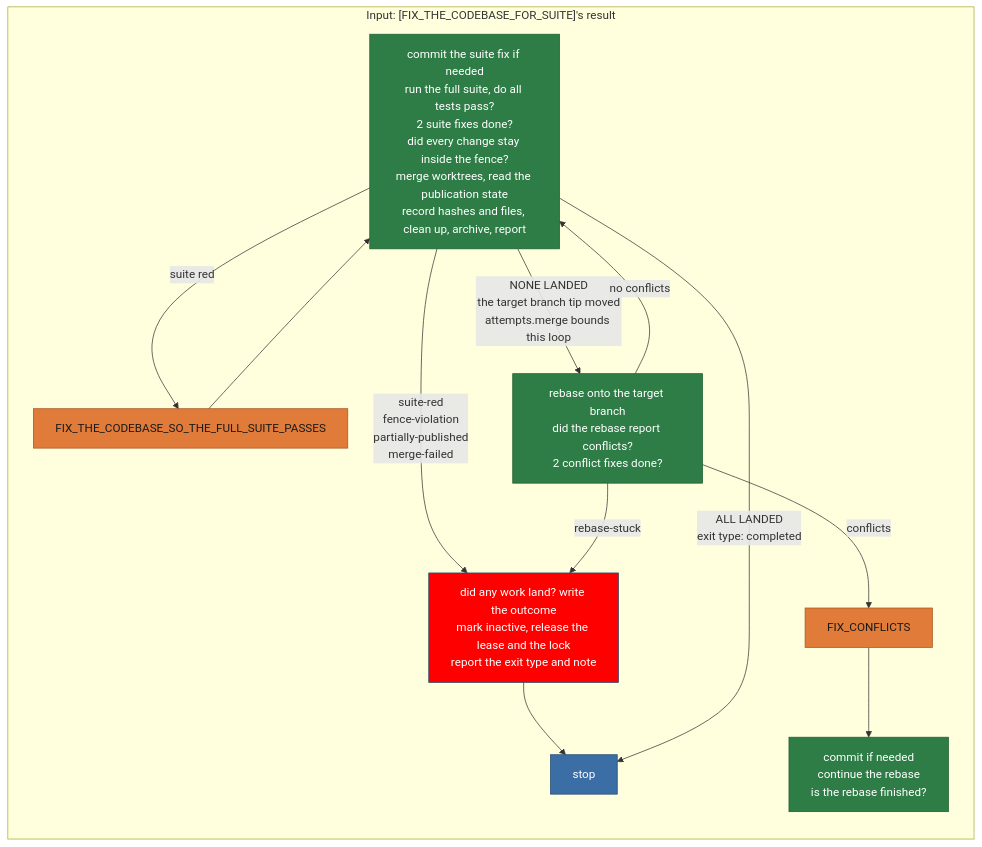
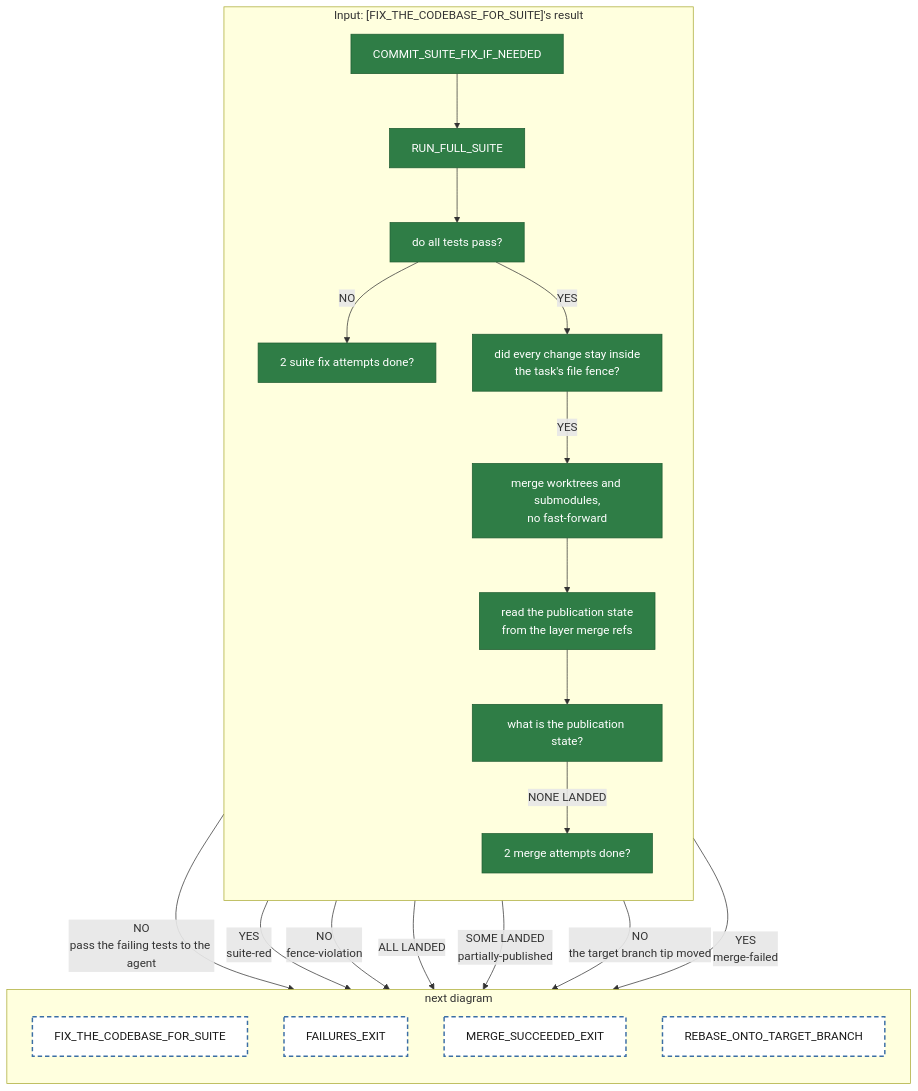
The diagram in diagrams/tackle-tasks/pipeline-runFullSuite.mmd (matkatmusic/taskTools), drawn with Mermaid before and after one commit. The commit also changed 164 other files, not shown here.

First line of the commit message:
Add new task scripts and templates for handling rebase and review processes

```diff
--- a/diagrams/tackle-tasks/pipeline-runFullSuite.mmd
+++ b/diagrams/tackle-tasks/pipeline-runFullSuite.mmd
@@ -1,32 +1,47 @@
 flowchart TB
-%% One agent() call. /run-step starts at RUN_FULL_SUITE; paths end at orange box or STOP; its answer feeds named diagram.
+%% One agent() call. /run-step starts at COMMIT_SUITE_FIX_IF_NEEDED; the rebase diagram walks in at RUN_FULL_SUITE. Every path ends at an orange block or a dashed block.
 
   subgraph runFullSuite ["Input: [FIX_THE_CODEBASE_FOR_SUITE]'s result"]
     direction TB
-    RUN_FULL_SUITE["commit the suite fix if needed<br/>run the full suite, do all tests pass?<br/>2 suite fixes done?<br/>did every change stay inside the fence?<br/>merge worktrees, read the publication state<br/>record hashes and files, clean up, archive, report"]
-    FIX_THE_CODEBASE_FOR_SUITE["FIX_THE_CODEBASE_SO_THE_FULL_SUITE_PASSES"]
-    FAILURES_EXIT["did any work land? write the outcome<br/>mark inactive, release the lease and the lock<br/>report the exit type and note"]
-    STOP["stop"]
-    REBASE_ONTO_TARGET_BRANCH["rebase onto the target branch<br/>did the rebase report conflicts?<br/>2 conflict fixes done?"]
-    FIX_CONFLICTS["FIX_CONFLICTS"]
-    COMMIT_MERGE_CONFLICT_FIX_IF_NEEDED["commit if needed<br/>continue the rebase<br/>is the rebase finished?"]
+    COMMIT_SUITE_FIX_IF_NEEDED["COMMIT_SUITE_FIX_IF_NEEDED"]
+    RUN_FULL_SUITE["RUN_FULL_SUITE"]
+    DO_ALL_TESTS_PASS_Q["do all tests pass?"]
+    ARE_2_SUITE_FIXES_DONE_Q["2 suite fix attempts done?"]
+    DID_CHANGES_STAY_INSIDE_FENCE_Q["did every change stay inside<br/>the task's file fence?"]
+    MERGE_WORKTREES["merge worktrees and submodules,<br/>no fast-forward"]
+    READ_MERGE_PUBLICATION_STATE["read the publication state<br/>from the layer merge refs"]
+    WHAT_IS_PUBLICATION_STATE_Q["what is the publication state?"]
+    ARE_2_MERGE_ATTEMPTS_DONE_Q["2 merge attempts done?"]
   end
-  RUN_FULL_SUITE -- "suite red" --> FIX_THE_CODEBASE_FOR_SUITE
-  FAILURES_EXIT --> STOP
-  RUN_FULL_SUITE -- "suite-red<br/>fence-violation<br/>partially-published<br/>merge-failed" --> FAILURES_EXIT
-  RUN_FULL_SUITE -- "ALL LANDED<br/>exit type: completed" --> STOP
-  RUN_FULL_SUITE -- "NONE LANDED<br/>the target branch tip moved<br/>attempts.merge bounds this loop" --> REBASE_ONTO_TARGET_BRANCH
-  REBASE_ONTO_TARGET_BRANCH -- "conflicts" --> FIX_CONFLICTS
-  REBASE_ONTO_TARGET_BRANCH -- "rebase-stuck" --> FAILURES_EXIT
-  REBASE_ONTO_TARGET_BRANCH -- "no conflicts" --> RUN_FULL_SUITE
-  FIX_THE_CODEBASE_FOR_SUITE --> RUN_FULL_SUITE
-  FIX_CONFLICTS --> COMMIT_MERGE_CONFLICT_FIX_IF_NEEDED
+  subgraph runFullSuiteNext ["next diagram"]
+    direction TB
+    FIX_THE_CODEBASE_FOR_SUITE["FIX_THE_CODEBASE_FOR_SUITE"]
+    FAILURES_EXIT["FAILURES_EXIT"]
+    MERGE_SUCCEEDED_EXIT["MERGE_SUCCEEDED_EXIT"]
+    REBASE_ONTO_TARGET_BRANCH["REBASE_ONTO_TARGET_BRANCH"]
+  end
+  runFullSuite ~~~ runFullSuiteNext
+
+  COMMIT_SUITE_FIX_IF_NEEDED --> RUN_FULL_SUITE
+  RUN_FULL_SUITE --> DO_ALL_TESTS_PASS_Q
+  DO_ALL_TESTS_PASS_Q -- "NO" --> ARE_2_SUITE_FIXES_DONE_Q
+  ARE_2_SUITE_FIXES_DONE_Q -- "NO<br/>pass the failing tests to the agent" --> FIX_THE_CODEBASE_FOR_SUITE
+  ARE_2_SUITE_FIXES_DONE_Q -- "YES<br/>suite-red" --> FAILURES_EXIT
+  DO_ALL_TESTS_PASS_Q -- "YES" --> DID_CHANGES_STAY_INSIDE_FENCE_Q
+  DID_CHANGES_STAY_INSIDE_FENCE_Q -- "NO<br/>fence-violation" --> FAILURES_EXIT
+  DID_CHANGES_STAY_INSIDE_FENCE_Q -- "YES" --> MERGE_WORKTREES
+  MERGE_WORKTREES --> READ_MERGE_PUBLICATION_STATE
+  READ_MERGE_PUBLICATION_STATE --> WHAT_IS_PUBLICATION_STATE_Q
+  WHAT_IS_PUBLICATION_STATE_Q -- "ALL LANDED" --> MERGE_SUCCEEDED_EXIT
+  WHAT_IS_PUBLICATION_STATE_Q -- "SOME LANDED<br/>partially-published" --> FAILURES_EXIT
+  WHAT_IS_PUBLICATION_STATE_Q -- "NONE LANDED" --> ARE_2_MERGE_ATTEMPTS_DONE_Q
+  ARE_2_MERGE_ATTEMPTS_DONE_Q -- "NO<br/>the target branch tip moved" --> REBASE_ONTO_TARGET_BRANCH
+  ARE_2_MERGE_ATTEMPTS_DONE_Q -- "YES<br/>merge-failed" --> FAILURES_EXIT
 
   classDef script fill:#2f7d46,stroke:#1e5c31,color:#ffffff
   classDef returns_a_prompt fill:#e07b39,stroke:#a8541f,color:#1a1a1a
   classDef fail fill:red,stroke:#254a70,color:#ffffff
   classDef output fill:#3b6ea5,stroke:#254a70,color:#ffffff
-  class RUN_FULL_SUITE,REBASE_ONTO_TARGET_BRANCH,COMMIT_MERGE_CONFLICT_FIX_IF_NEEDED script
-  class FIX_THE_CODEBASE_FOR_SUITE,FIX_CONFLICTS returns_a_prompt
-  class FAILURES_EXIT fail
-  class STOP output
+  classDef next_diagram fill:#ffffff,stroke:#3b6ea5,stroke-width:2px,stroke-dasharray:6 4,color:#1a1a1a
+  class COMMIT_SUITE_FIX_IF_NEEDED,RUN_FULL_SUITE,DO_ALL_TESTS_PASS_Q,ARE_2_SUITE_FIXES_DONE_Q,DID_CHANGES_STAY_INSIDE_FENCE_Q,MERGE_WORKTREES,READ_MERGE_PUBLICATION_STATE,WHAT_IS_PUBLICATION_STATE_Q,ARE_2_MERGE_ATTEMPTS_DONE_Q script
+  class FIX_THE_CODEBASE_FOR_SUITE,FAILURES_EXIT,MERGE_SUCCEEDED_EXIT,REBASE_ONTO_TARGET_BRANCH next_diagram
```
